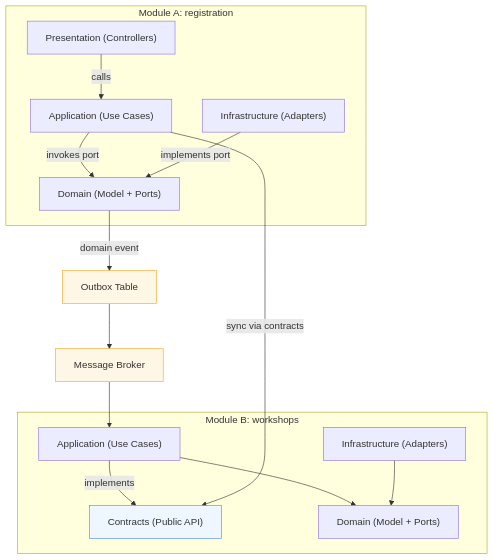
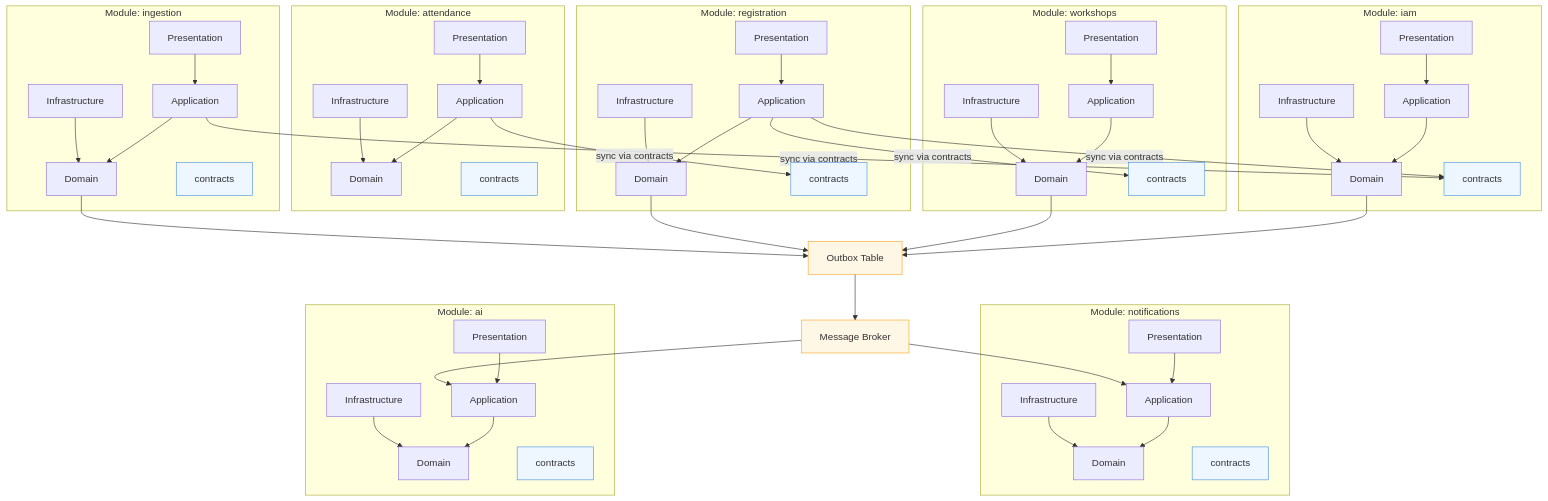
Before and after one commit to phatnguyen975/unihub-workshop: diagram 13 of 15 in blueprint/design.md, drawn with Mermaid. The commit also changed other lines of this file and 12 other files, not shown here.

````diff
--- a/blueprint/design.md
+++ b/blueprint/design.md
@@ -1050,24 +1149,70 @@
 ```mermaid
 flowchart TD
-  subgraph ModuleA["Module A: registration"]
-    A_Presentation["Presentation (Controllers)"] -->|calls| A_Application["Application (Use Cases)"]
-    A_Application -->|invokes port| A_Domain["Domain (Model + Ports)"]
-    A_Infrastructure["Infrastructure (Adapters)"] -->|implements port| A_Domain
+  subgraph IAM["Module: iam"]
+    IAM_P["Presentation"] --> IAM_A["Application"]
+    IAM_A --> IAM_D["Domain"]
+    IAM_I["Infrastructure"] --> IAM_D
+    IAM_C["contracts"]
   end
 
-  subgraph ModuleB["Module B: workshops"]
-    B_Application["Application (Use Cases)"] -->|implements| B_Contracts["Contracts (Public API)"]
-    B_Application --> B_Domain["Domain (Model + Ports)"]
-    B_Infrastructure["Infrastructure (Adapters)"] --> B_Domain
+  subgraph WORK["Module: workshops"]
+    WORK_P["Presentation"] --> WORK_A["Application"]
+    WORK_A --> WORK_D["Domain"]
+    WORK_I["Infrastructure"] --> WORK_D
+    WORK_C["contracts"]
   end
 
-  A_Application -->|sync via contracts| B_Contracts
-  A_Domain -->|domain event| Outbox["Outbox Table"]
+  subgraph REG["Module: registration"]
+    REG_P["Presentation"] --> REG_A["Application"]
+    REG_A --> REG_D["Domain"]
+    REG_I["Infrastructure"] --> REG_D
+    REG_C["contracts"]
+  end
+
+  subgraph ATT["Module: attendance"]
+    ATT_P["Presentation"] --> ATT_A["Application"]
+    ATT_A --> ATT_D["Domain"]
+    ATT_I["Infrastructure"] --> ATT_D
+    ATT_C["contracts"]
+  end
+
+  subgraph NOTIF["Module: notifications"]
+    NOTIF_P["Presentation"] --> NOTIF_A["Application"]
+    NOTIF_A --> NOTIF_D["Domain"]
+    NOTIF_I["Infrastructure"] --> NOTIF_D
+    NOTIF_C["contracts"]
+  end
+
+  subgraph AI["Module: ai"]
+    AI_P["Presentation"] --> AI_A["Application"]
+    AI_A --> AI_D["Domain"]
+    AI_I["Infrastructure"] --> AI_D
+    AI_C["contracts"]
+  end
+
+  subgraph ING["Module: ingestion"]
+    ING_P["Presentation"] --> ING_A["Application"]
+    ING_A --> ING_D["Domain"]
+    ING_I["Infrastructure"] --> ING_D
+    ING_C["contracts"]
+  end
+
+  REG_A -->|sync via contracts| IAM_C
+  REG_A -->|sync via contracts| WORK_C
+  ATT_A -->|sync via contracts| REG_C
+  ING_A -->|sync via contracts| IAM_C
+
+  IAM_D --> Outbox["Outbox Table"]
+  WORK_D --> Outbox
+  REG_D --> Outbox
+  ING_D --> Outbox
   Outbox --> Broker["Message Broker"]
-  Broker --> B_Application
+
+  Broker --> NOTIF_A
+  Broker --> AI_A
 
   classDef contract fill:#eef7ff,stroke:#4a90e2,stroke-width:1px;
   classDef async fill:#fff7e6,stroke:#f5a623,stroke-width:1px;
-  class B_Contracts contract;
+  class IAM_C,WORK_C,REG_C,ATT_C,NOTIF_C,AI_C,ING_C contract;
   class Outbox,Broker async;
 ```
````
